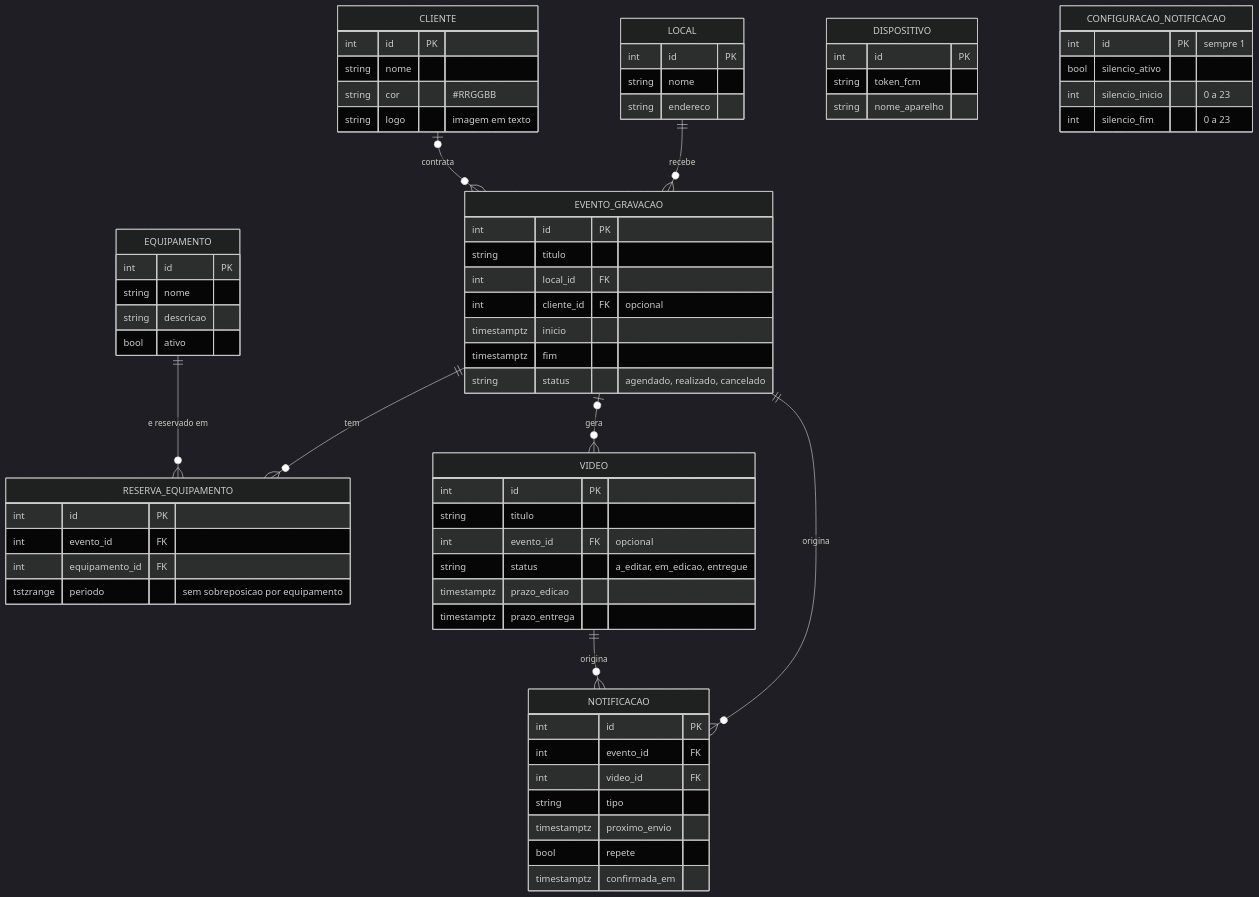
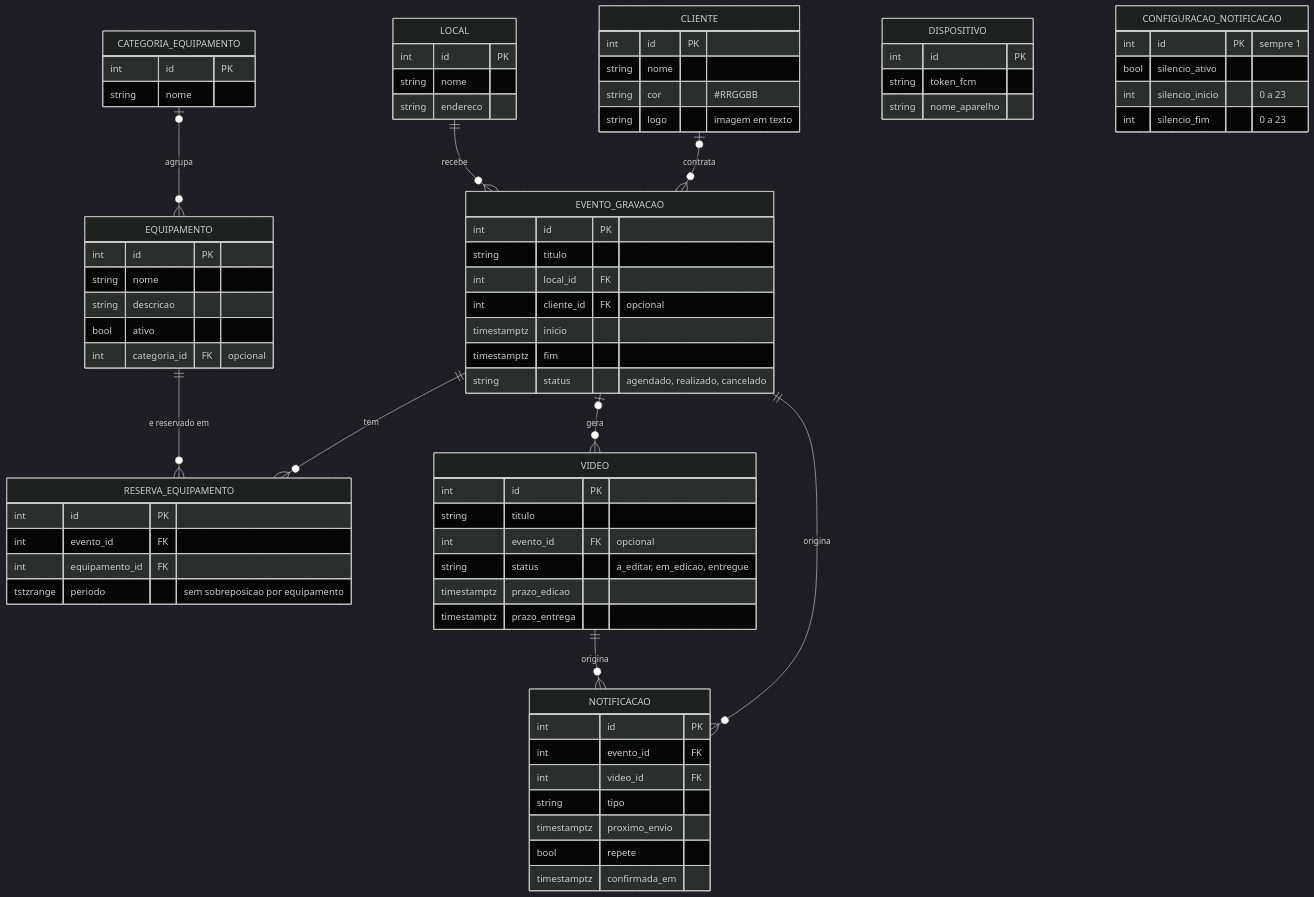
Before and after one commit to MelloNickolas/Bootcamp-Analise-de-Sistemas-e-Banco-de-Dados: the diagram in Readme Assets/02-der.mmd, drawn with Mermaid (dark theme). The commit also changed 42 other files, not shown here.

```diff
--- a/Readme Assets/02-der.mmd
+++ b/Readme Assets/02-der.mmd
@@ -1,69 +1,75 @@
 erDiagram
     LOCAL ||--o{ EVENTO_GRAVACAO : "recebe"
     CLIENTE |o--o{ EVENTO_GRAVACAO : "contrata"
     EVENTO_GRAVACAO ||--o{ RESERVA_EQUIPAMENTO : "tem"
+    CATEGORIA_EQUIPAMENTO |o--o{ EQUIPAMENTO : "agrupa"
     EQUIPAMENTO ||--o{ RESERVA_EQUIPAMENTO : "e reservado em"
     EVENTO_GRAVACAO |o--o{ VIDEO : "gera"
     EVENTO_GRAVACAO ||--o{ NOTIFICACAO : "origina"
     VIDEO ||--o{ NOTIFICACAO : "origina"
 
     LOCAL {
         int id PK
         string nome
         string endereco
     }
     EQUIPAMENTO {
         int id PK
         string nome
         string descricao
         bool ativo
+        int categoria_id FK "opcional"
     }
     EVENTO_GRAVACAO {
         int id PK
         string titulo
         int local_id FK
         int cliente_id FK "opcional"
         timestamptz inicio
         timestamptz fim
         string status "agendado, realizado, cancelado"
     }
     RESERVA_EQUIPAMENTO {
         int id PK
         int evento_id FK
         int equipamento_id FK
         tstzrange periodo "sem sobreposicao por equipamento"
     }
     VIDEO {
         int id PK
         string titulo
         int evento_id FK "opcional"
         string status "a_editar, em_edicao, entregue"
         timestamptz prazo_edicao
         timestamptz prazo_entrega
     }
     NOTIFICACAO {
         int id PK
         int evento_id FK
         int video_id FK
         string tipo
         timestamptz proximo_envio
         bool repete
         timestamptz confirmada_em
     }
     DISPOSITIVO {
         int id PK
         string token_fcm
         string nome_aparelho
     }
     CONFIGURACAO_NOTIFICACAO {
         int id PK "sempre 1"
         bool silencio_ativo
         int silencio_inicio "0 a 23"
         int silencio_fim "0 a 23"
     }
     CLIENTE {
         int id PK
         string nome
         string cor "#RRGGBB"
         string logo "imagem em texto"
     }
+    CATEGORIA_EQUIPAMENTO {
+        int id PK
+        string nome
+    }
```
